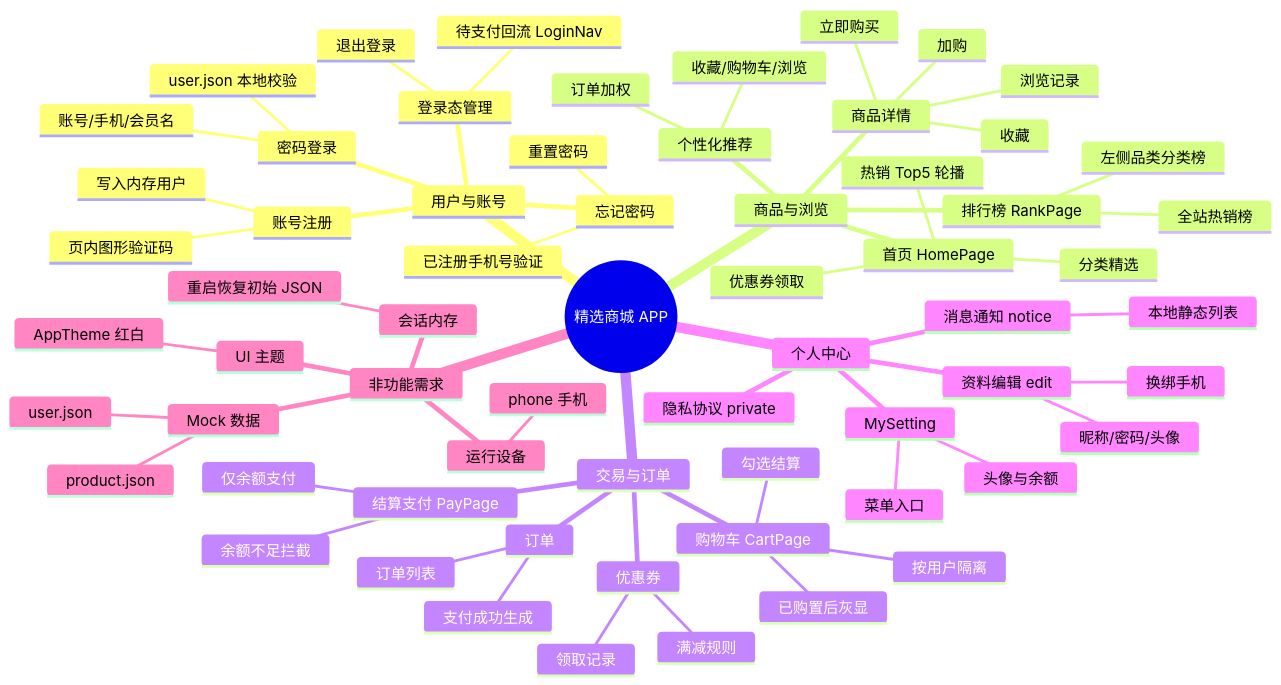
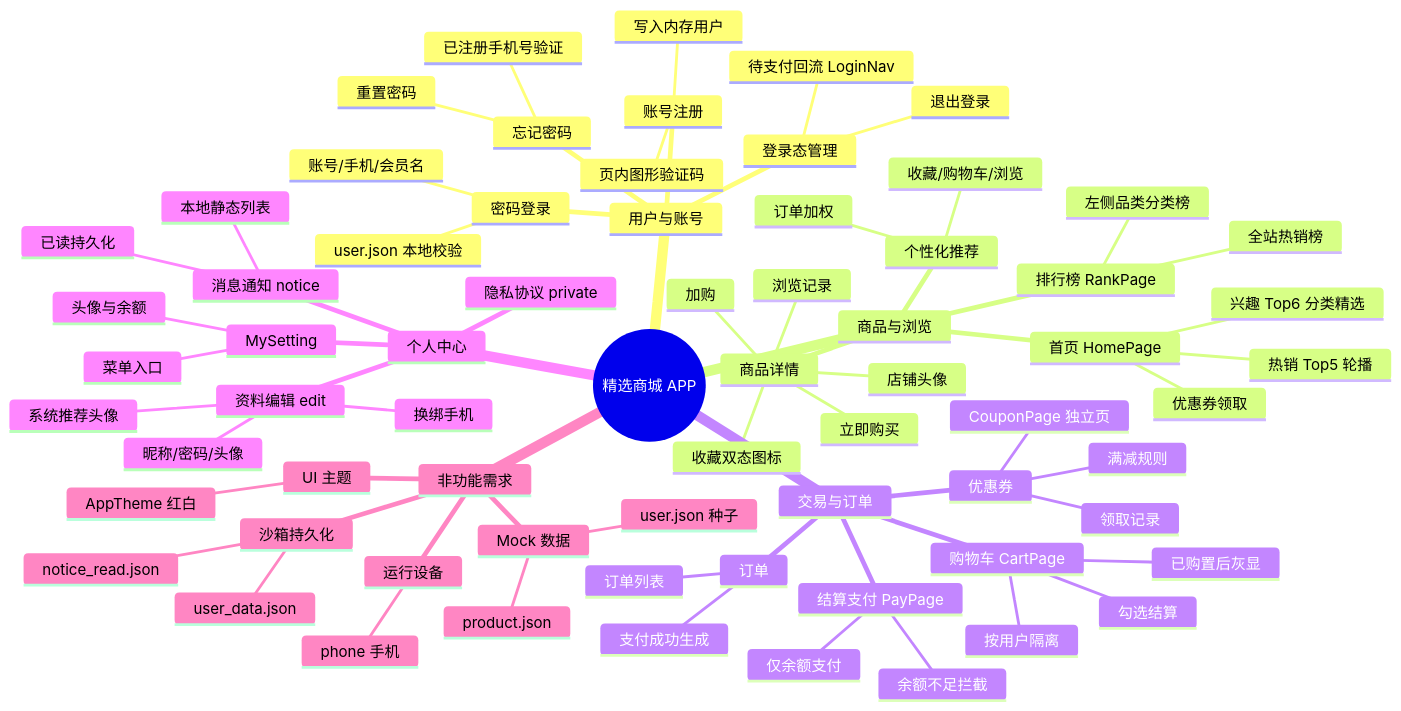
One commit to BuSu-twl/arkts-app changed the second of 9 diagrams in docs/PROJECT.md. Above: the diagram before and after it, drawn with Mermaid. The commit also changed other lines of this file and 1 other file, not shown here.

````diff
--- a/docs/PROJECT.md
+++ b/docs/PROJECT.md
@@ -99,67 +99,72 @@
 ```mermaid
 mindmap
   root((精选商城 APP))
     用户与账号
       密码登录
         账号/手机/会员名
         user.json 本地校验
       账号注册
         页内图形验证码
         写入内存用户
       忘记密码
         已注册手机号验证
         重置密码
       登录态管理
         退出登录
         待支付回流 LoginNav
     商品与浏览
       首页 HomePage
         热销 Top5 轮播
         优惠券领取
-        分类精选
+        兴趣 Top6 分类精选
       个性化推荐
         订单加权
         收藏/购物车/浏览
       排行榜 RankPage
         全站热销榜
         左侧品类分类榜
       商品详情
         加购
-        收藏
+        收藏双态图标
+        店铺头像
         立即购买
         浏览记录
     交易与订单
       购物车 CartPage
         按用户隔离
         已购置后灰显
         勾选结算
       优惠券
         满减规则
         领取记录
+        CouponPage 独立页
       结算支付 PayPage
         仅余额支付
         余额不足拦截
       订单
         支付成功生成
         订单列表
     个人中心
       MySetting
         头像与余额
         菜单入口
       资料编辑 edit
         昵称/密码/头像
+        系统推荐头像
         换绑手机
       消息通知 notice
         本地静态列表
+        已读持久化
       隐私协议 private
     非功能需求
       Mock 数据
         product.json
-        user.json
-      会话内存
-        重启恢复初始 JSON
+        user.json 种子
+      沙箱持久化
+        user_data.json
+        notice_read.json
       UI 主题
         AppTheme 红白
       运行设备
         phone 手机
 ```
````
